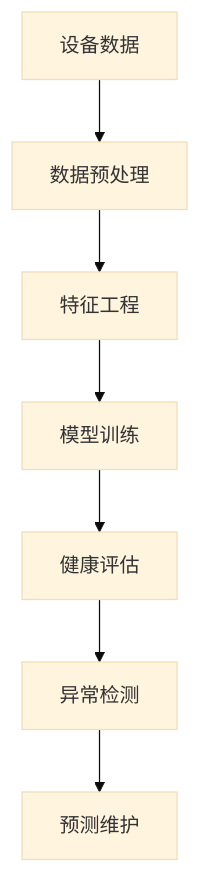
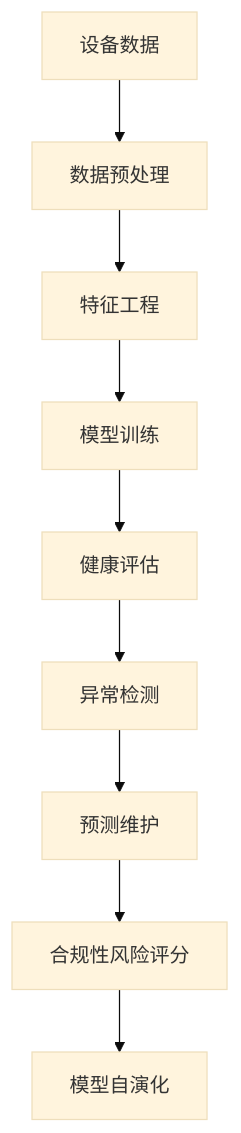
Before and after one commit to AdaMartin18010/IOT: the diagram in project0/03-设备语义解释/01-设备语义分类与定义/04-设备健康监测机器学习模型.md, drawn with Mermaid (base theme). The commit also changed other lines of this file and 20 other files, not shown here.

````diff
--- a/project0/03-设备语义解释/01-设备语义分类与定义/04-设备健康监测机器学习模型.md
+++ b/project0/03-设备语义解释/01-设备语义分类与定义/04-设备健康监测机器学习模型.md
@@ -21,9 +23,11 @@
 ```mermaid
 graph TD
   A[设备数据] --> B[数据预处理]
   B --> C[特征工程]
   C --> D[模型训练]
   D --> E[健康评估]
   E --> F[异常检测]
   F --> G[预测维护]
+  G --> H[合规性风险评分]
+  H --> I[模型自演化]
 ```
````
